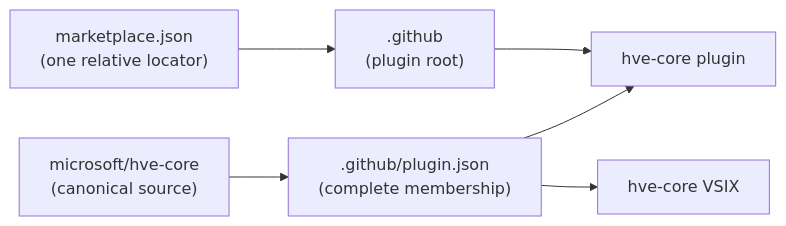
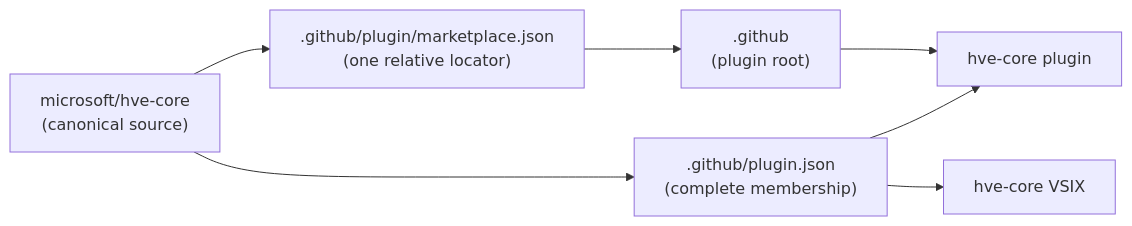
The diagram in docs/getting-started/install.md (microsoft/hve-core), drawn with Mermaid before and after one commit. The commit also changed other lines of this file and 23 other files, not shown here.

First line of the commit message:
feat(workflows): enforce one-plugin release invariants

````diff
--- a/docs/getting-started/install.md
+++ b/docs/getting-started/install.md
@@ -53,8 +53,11 @@
 ```mermaid
 graph LR
+   accTitle: HVE Core distribution relationships
+   accDescr: The repository contains the marketplace locator and plugin manifest. The locator resolves the plugin root, while the manifest supplies membership to both the Copilot plugin and VS Code extension.
    REPO["microsoft/hve-core<br/>(canonical source)"] --> MANIFEST[".github/plugin.json<br/>(complete membership)"]
-   CATALOG["marketplace.json<br/>(one relative locator)"] --> ROOT[".github<br/>(plugin root)"]
+   REPO --> CATALOG[".github/plugin/marketplace.json<br/>(one relative locator)"]
+   CATALOG --> ROOT[".github<br/>(plugin root)"]
    MANIFEST --> PLUGIN["hve-core plugin"]
    MANIFEST --> EXT["hve-core VSIX"]
    ROOT --> PLUGIN
 ```
````
